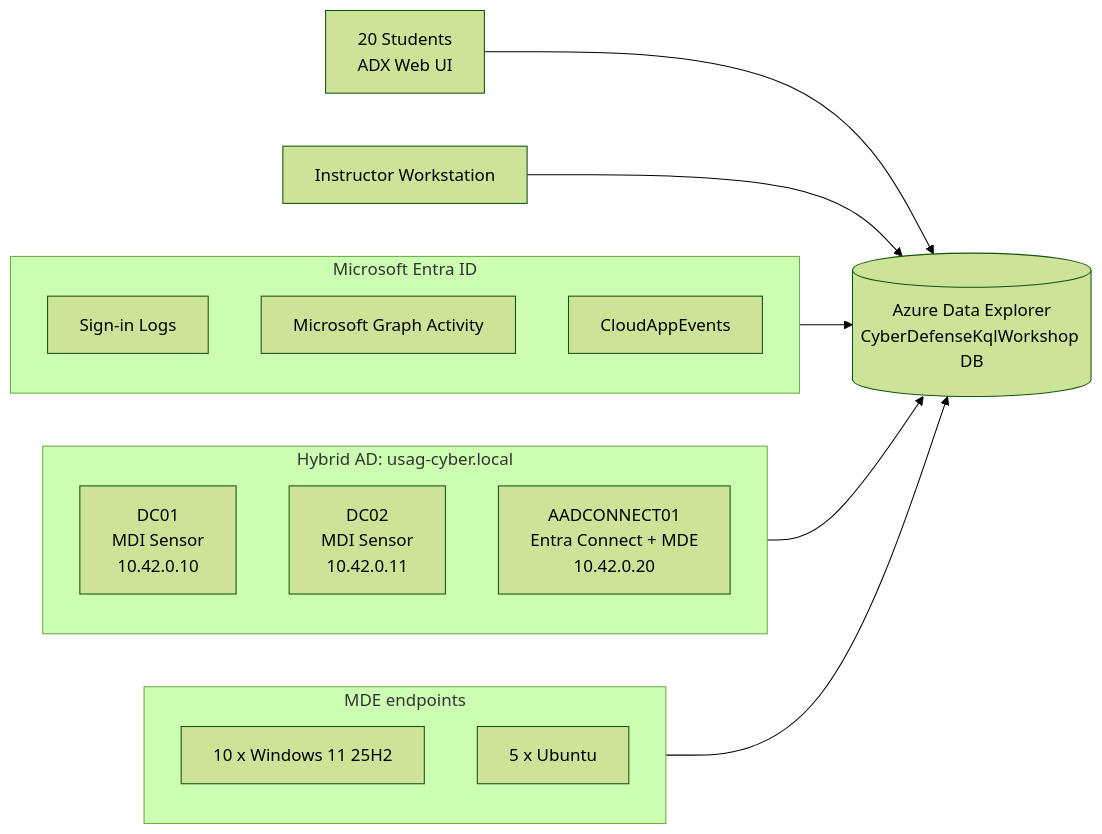
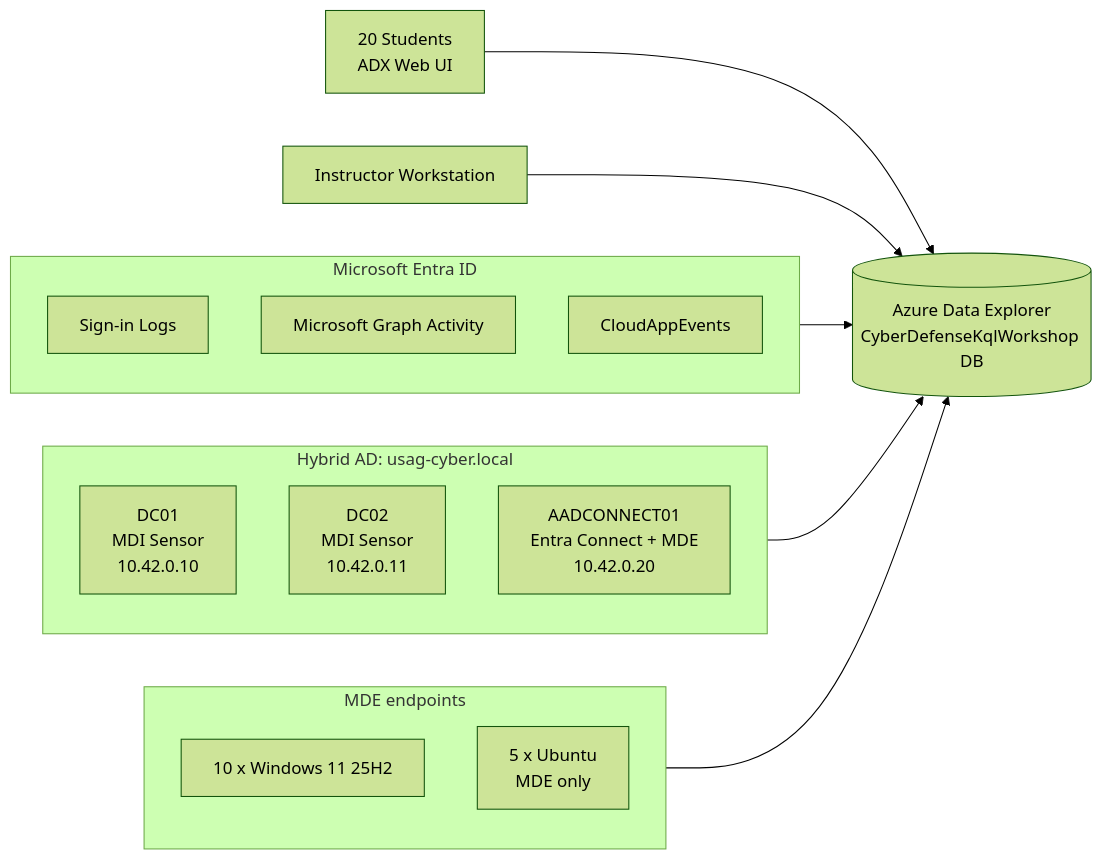
The first of 3 diagrams in docs/diagrams.md (dcodev1702/Cyber-Defense-Workshop-ADX), drawn with Mermaid (forest theme) before and after one commit. The commit also changed other lines of this file and 54 other files, not shown here.

Commit message:
Overhaul Ubuntu Linux telemetry

````diff
--- a/docs/diagrams.md
+++ b/docs/diagrams.md
@@ -5,26 +5,26 @@
 ```mermaid
 flowchart LR
     Students[20 Students<br/>ADX Web UI] --> ADX[(Azure Data Explorer<br/>CyberDefenseKqlWorkshop DB)]
     Instructor[Instructor Workstation] --> ADX
 
     subgraph Entra[Microsoft Entra ID]
         Signins[Sign-in Logs]
         Graph[Microsoft Graph Activity]
         CloudApp[CloudAppEvents]
     end
 
     subgraph OnPrem[Hybrid AD: usag-cyber.local]
         DC01[DC01<br/>MDI Sensor<br/>10.42.0.10]
         DC02[DC02<br/>MDI Sensor<br/>10.42.0.11]
         AADC[AADCONNECT01<br/>Entra Connect + MDE<br/>10.42.0.20]
     end
 
     subgraph Endpoints[MDE endpoints]
         Win[10 x Windows 11 25H2]
-        Linux[5 x Ubuntu]
+        Linux[5 x Ubuntu<br/>MDE only]
     end
 
     Entra --> ADX
     OnPrem --> ADX
     Endpoints --> ADX
 ```
````
